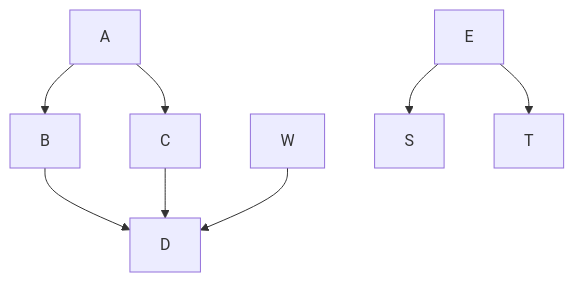
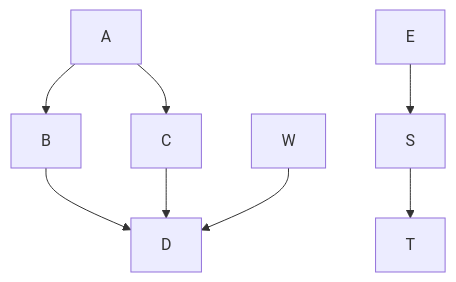
One commit to avergnaud/wiki-mermaid changed the diagram in README.md. Above: the diagram before and after it, drawn with Mermaid.

Commit message:
graphe mermaid - correctif untracked files - à tester

````diff
--- a/README.md
+++ b/README.md
@@ -20,10 +20,10 @@
 ```mermaid
 graph TD;
     A-->B;
     A-->C;
     B-->D;
     C-->D;
     W-->D;
     E-->S;
-    E-->T;
+    S-->T;
 ```
````
